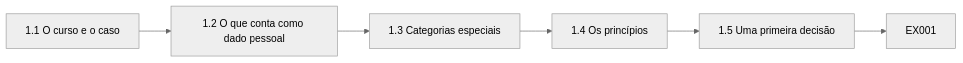
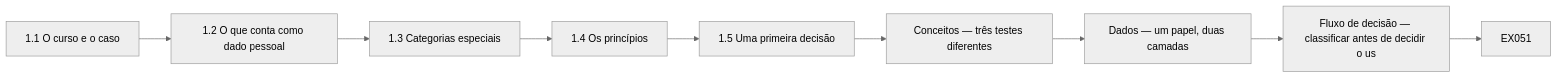
The second of 12 diagrams in levels/rapid-1-month/privacy-data-protection/pt/book/MANUSCRIPT.md (hiagokinlevi/CyKin), drawn with Mermaid (neutral theme) before and after one commit. The commit also changed other lines of this file and 1 other file, not shown here.

````diff
--- a/levels/rapid-1-month/privacy-data-protection/pt/book/MANUSCRIPT.md
+++ b/levels/rapid-1-month/privacy-data-protection/pt/book/MANUSCRIPT.md
@@ -59,9 +62,12 @@
 ```mermaid
 flowchart LR
   N0["1.1 O curso e o caso"]
   N1["1.2 O que conta como dado pessoal"]
   N2["1.3 Categorias especiais"]
   N3["1.4 Os princípios"]
   N4["1.5 Uma primeira decisão"]
-  N0 --> N1 --> N2 --> N3 --> N4 --> Q["EX001"]
+  N5["Conceitos — três testes diferentes"]
+  N6["Dados — um papel, duas camadas"]
+  N7["Fluxo de decisão — classificar antes de decidir o us"]
+  N0 --> N1 --> N2 --> N3 --> N4 --> N5 --> N6 --> N7 --> Q["EX051"]
 ```
````
